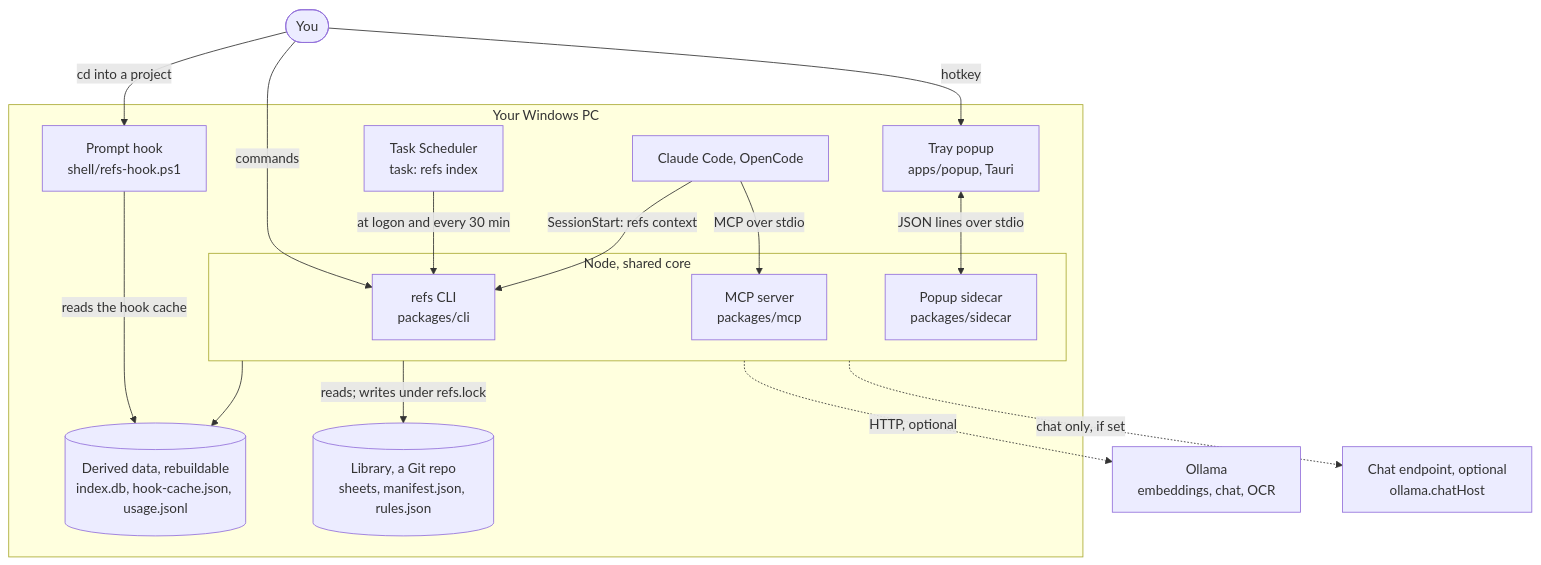
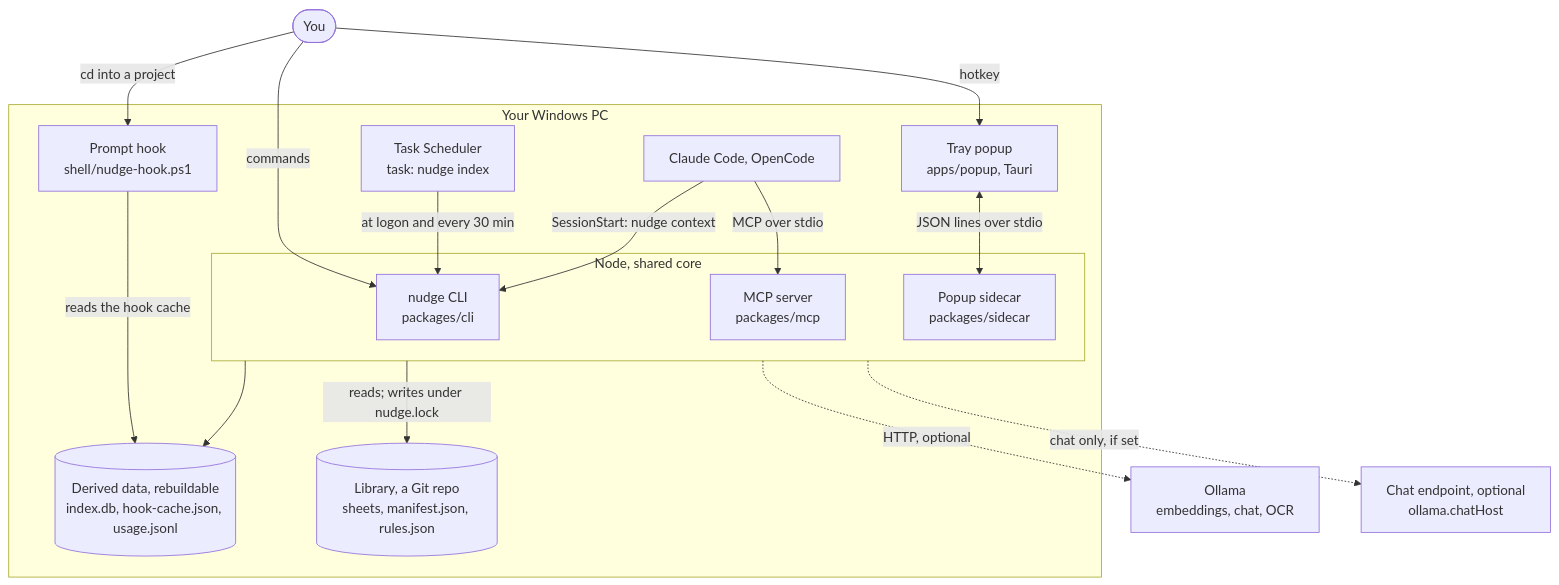
The first of 5 diagrams in docs/architecture.md (cgbot7/Nudge), drawn with Mermaid before and after one commit. The commit also changed other lines of this file and 81 other files, not shown here.

First line of the commit message:
Rename refs to nudge everywhere

````diff
--- a/docs/architecture.md
+++ b/docs/architecture.md
@@ -9,32 +9,32 @@
 ```mermaid
 flowchart TB
   you(["You"])
   subgraph pc["Your Windows PC"]
-    hook["Prompt hook<br/>shell/refs-hook.ps1"]
-    sched["Task Scheduler<br/>task: refs index"]
+    hook["Prompt hook<br/>shell/nudge-hook.ps1"]
+    sched["Task Scheduler<br/>task: nudge index"]
     agents["Claude Code, OpenCode"]
     popup["Tray popup<br/>apps/popup, Tauri"]
     subgraph node["Node, shared core"]
-      cli["refs CLI<br/>packages/cli"]
+      cli["nudge CLI<br/>packages/cli"]
       mcp["MCP server<br/>packages/mcp"]
       sidecar["Popup sidecar<br/>packages/sidecar"]
     end
     data[("Derived data, rebuildable<br/>index.db, hook-cache.json, usage.jsonl")]
     lib[("Library, a Git repo<br/>sheets, manifest.json, rules.json")]
   end
   ollama["Ollama<br/>embeddings, chat, OCR"]
   relay["Chat endpoint, optional<br/>ollama.chatHost"]
 
   you -->|cd into a project| hook
   you -->|commands| cli
   you -->|hotkey| popup
   sched -->|at logon and every 30 min| cli
-  agents -->|"SessionStart: refs context"| cli
+  agents -->|"SessionStart: nudge context"| cli
   agents -->|"MCP over stdio"| mcp
   popup <-->|"JSON lines over stdio"| sidecar
   hook -->|"reads the hook cache"| data
-  node -->|"reads; writes under refs.lock"| lib
+  node -->|"reads; writes under nudge.lock"| lib
   node --> data
   node -.->|"HTTP, optional"| ollama
   node -.->|"chat only, if set"| relay
 ```
````
